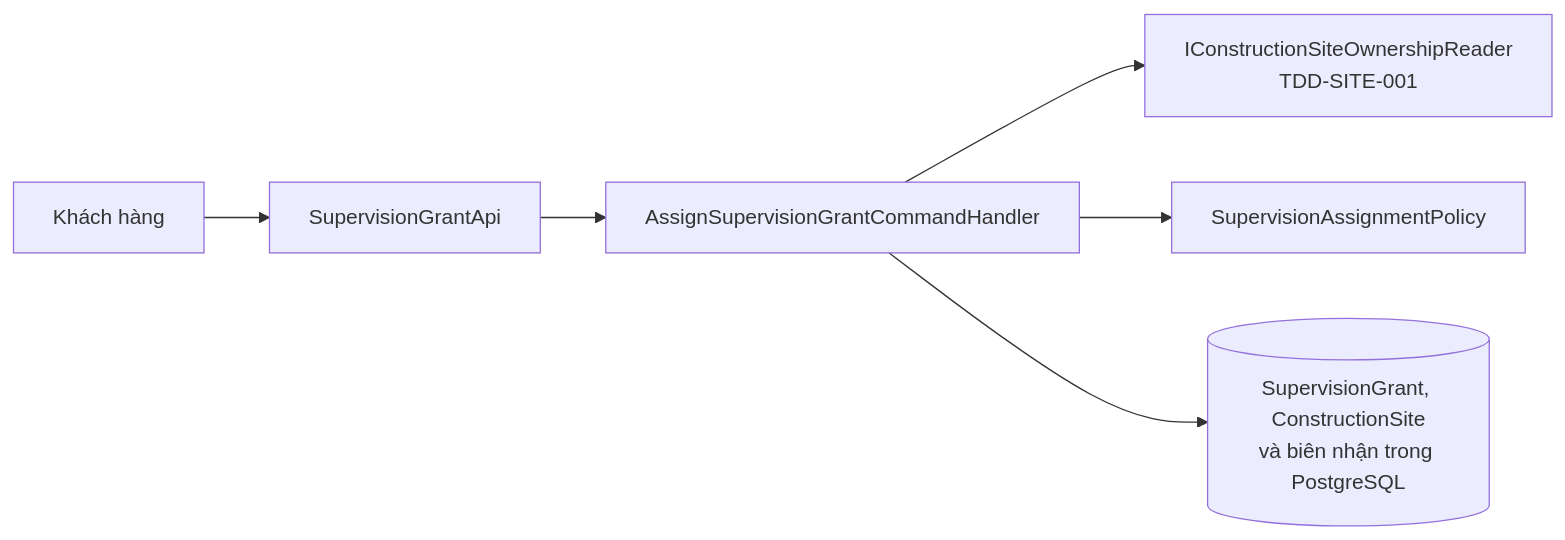
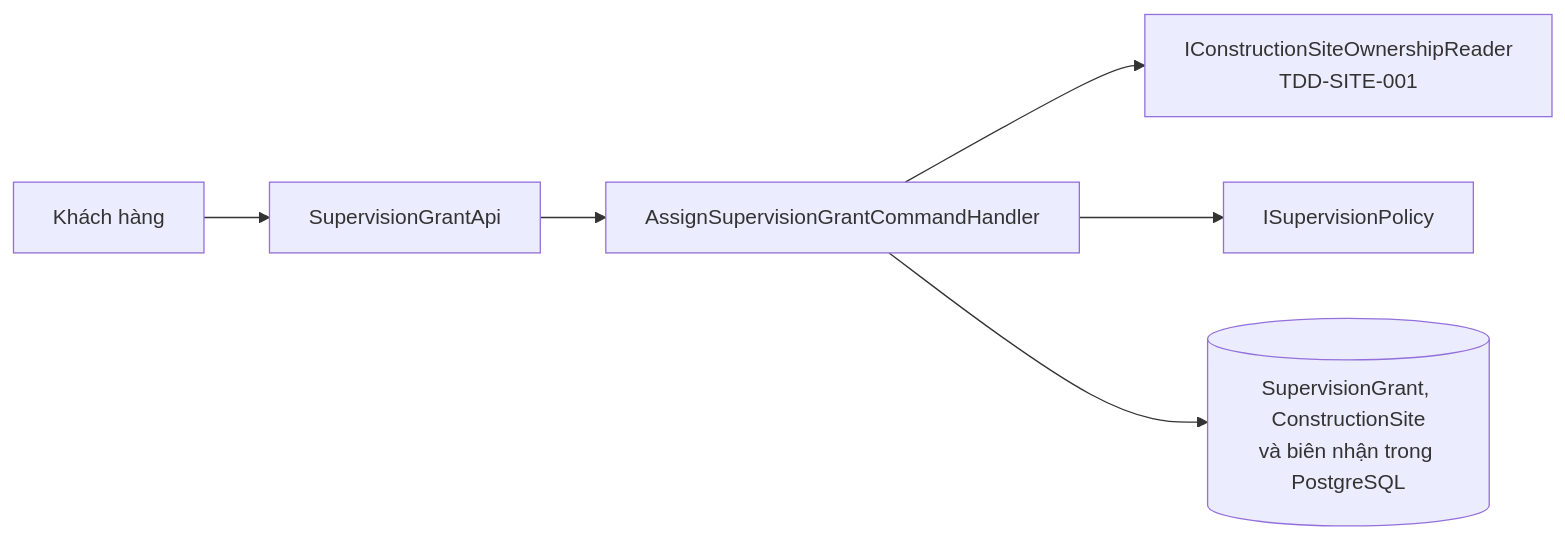
The first of 5 diagrams in tdd/TDD-SUB-004.md (TaskCoper/bmt-documentation), drawn with Mermaid before and after one commit. The commit also changed other lines of this file and 12 other files, not shown here.

First line of the commit message:
docs: đồng bộ TDD, ERD và nợ kỹ thuật với code đã triển khai

````diff
--- a/tdd/TDD-SUB-004.md
+++ b/tdd/TDD-SUB-004.md
@@ -111,8 +111,8 @@
 ```mermaid
 flowchart LR
     C[Khách hàng] --> A[SupervisionGrantApi]
     A --> H[AssignSupervisionGrantCommandHandler]
     H --> P[IConstructionSiteOwnershipReader<br/>TDD-SITE-001]
-    H --> R[SupervisionAssignmentPolicy]
+    H --> R[ISupervisionPolicy]
     H --> D[(SupervisionGrant, ConstructionSite<br/>và biên nhận trong PostgreSQL)]
 ```
````
